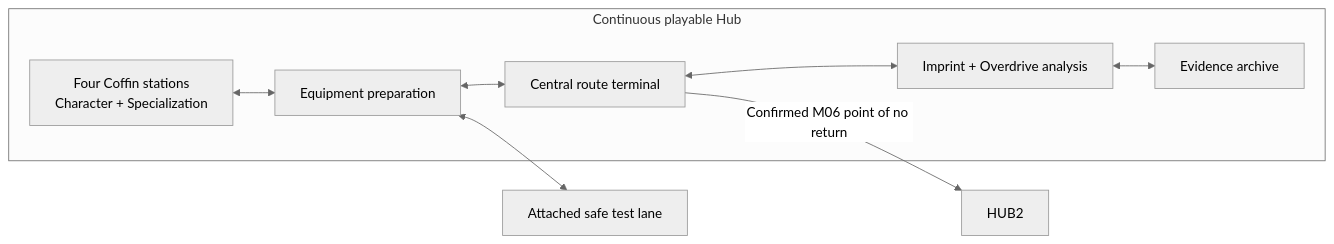
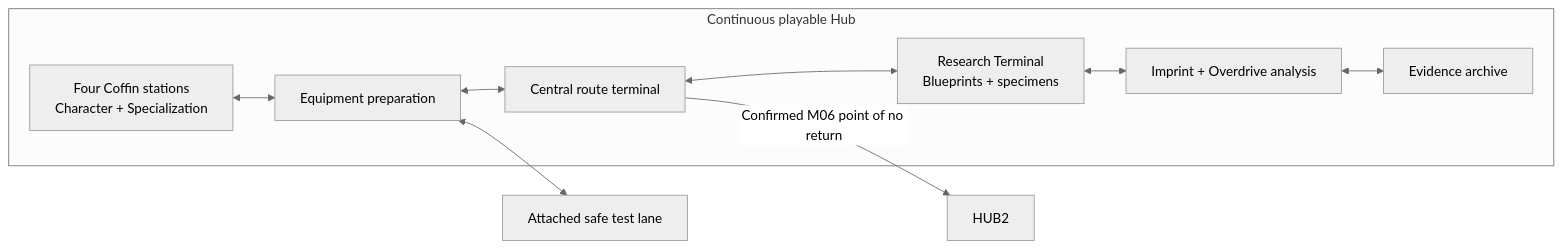
One commit to justgook/imprint-zero changed the diagram in missions/hub1.md. Above: the diagram before and after it, drawn with Mermaid (neutral theme). The commit also changed other lines of this file and 40 other files, not shown here.

````diff
--- a/missions/hub1.md
+++ b/missions/hub1.md
@@ -19,16 +19,18 @@
 ```mermaid
 flowchart LR
     subgraph HUB1[Continuous playable Hub]
         Coffins[Four Coffin stations<br/>Character + Specialization]
         Equipment[Equipment preparation]
         Route[Central route terminal]
+        Research[Research Terminal<br/>Blueprints + specimens]
         Analysis[Imprint + Overdrive analysis]
         Archive[Evidence archive]
     end
     Coffins <--> Equipment
     Equipment <--> Test[Attached safe test lane]
     Equipment <--> Route
-    Route <--> Analysis
+    Route <--> Research
+    Research <--> Analysis
     Analysis <--> Archive
     Route -->|Confirmed M06 point of no return| HUB2[HUB2]
 ```
````
